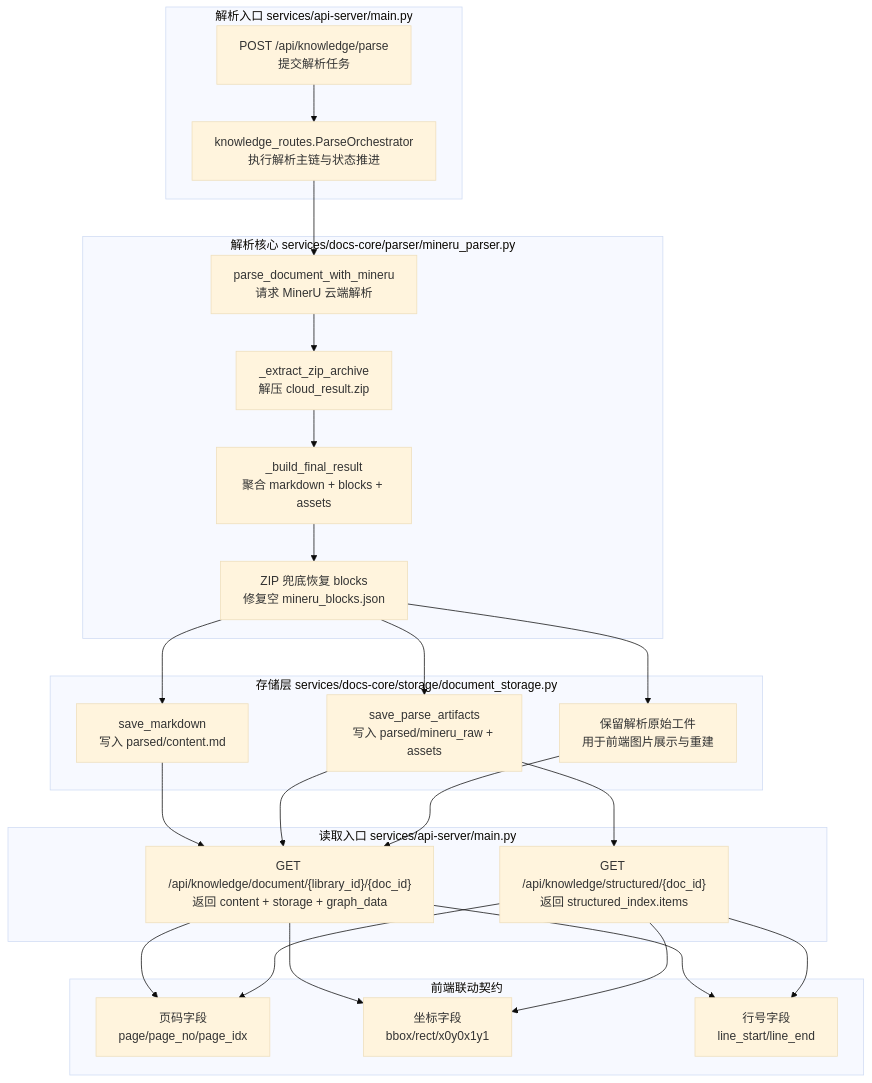
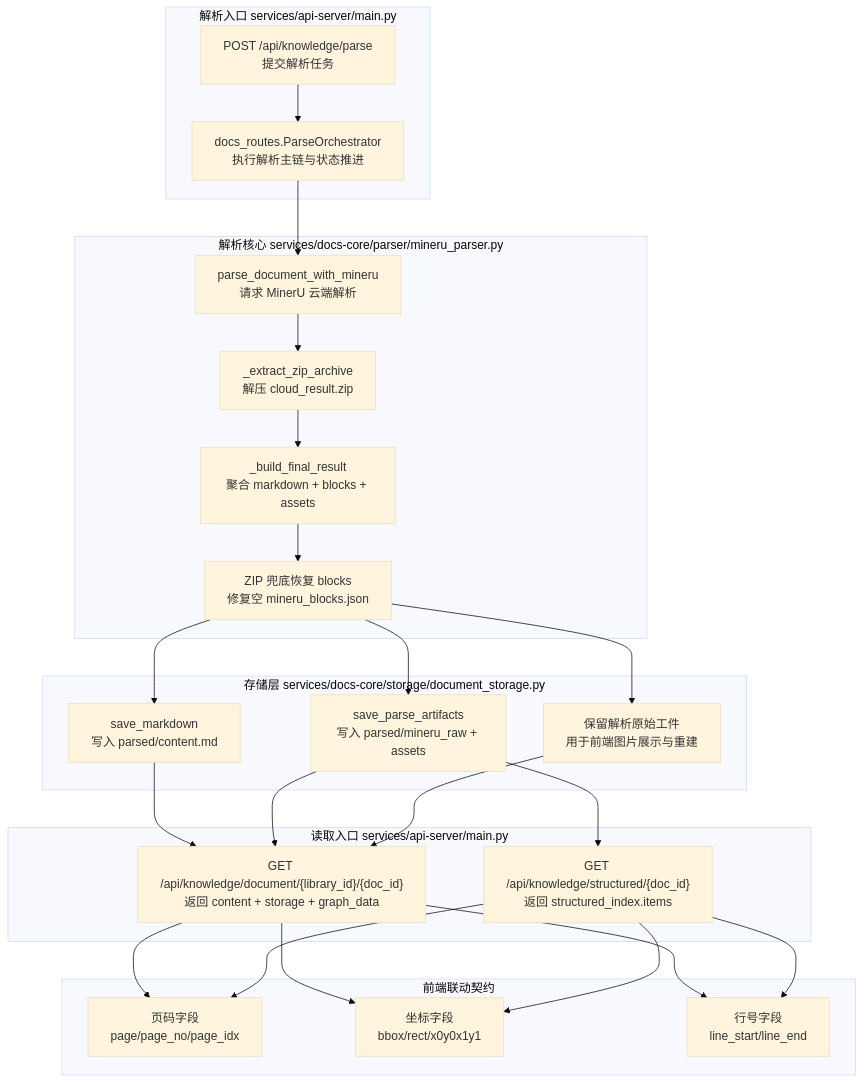
The fourth of 4 diagrams in docs/services-techniques.md (0mao0/AnGIneer), drawn with Mermaid (base theme) before and after one commit. The commit also changed other lines of this file and 21 other files, not shown here.

Commit message:
refactor(docs-core): rename knowledge_service to docs_service, knowledge_routes to docs_routes

````diff
--- a/docs/services-techniques.md
+++ b/docs/services-techniques.md
@@ -300,52 +300,52 @@
 ```mermaid
 flowchart TB
   subgraph Ingest["解析入口 services/api-server/main.py"]
     ParseReq["POST /api/knowledge/parse\n提交解析任务"]
-    ParseTask["knowledge_routes.ParseOrchestrator\n执行解析主链与状态推进"]
+    ParseTask["docs_routes.ParseOrchestrator\n执行解析主链与状态推进"]
   end
 
   subgraph Parser["解析核心 services/docs-core/parser/mineru_parser.py"]
     ParseMinerU["parse_document_with_mineru\n请求 MinerU 云端解析"]
     ExtractZip["_extract_zip_archive\n解压 cloud_result.zip"]
     BuildFinal["_build_final_result\n聚合 markdown + blocks + assets"]
     RecoverBlocks["ZIP 兜底恢复 blocks\n修复空 mineru_blocks.json"]
   end
 
   subgraph Storage["存储层 services/docs-core/storage/document_storage.py"]
     SaveMd["save_markdown\n写入 parsed/content.md"]
     SaveArtifacts["save_parse_artifacts\n写入 parsed/mineru_raw + assets"]
     KeepAssets["保留解析原始工件\n用于前端图片展示与重建"]
   end
 
   subgraph ReadApi["读取入口 services/api-server/main.py"]
     GetDoc["GET /api/knowledge/document/{library_id}/{doc_id}\n返回 content + storage + graph_data"]
     GetStructured["GET /api/knowledge/structured/{doc_id}\n返回 structured_index.items"]
   end
 
   subgraph Contract["前端联动契约"]
     PageFields["页码字段\npage/page_no/page_idx"]
     RectFields["坐标字段\nbbox/rect/x0y0x1y1"]
     LineFields["行号字段\nline_start/line_end"]
   end
 
   ParseReq --> ParseTask
   ParseTask --> ParseMinerU
   ParseMinerU --> ExtractZip
   ExtractZip --> BuildFinal
   BuildFinal --> RecoverBlocks
   RecoverBlocks --> SaveMd
   RecoverBlocks --> SaveArtifacts
   RecoverBlocks --> KeepAssets
 
   SaveMd --> GetDoc
   SaveArtifacts --> GetDoc
   SaveArtifacts --> GetStructured
   KeepAssets --> GetDoc
 
   GetDoc --> PageFields
   GetStructured --> PageFields
   GetDoc --> RectFields
   GetStructured --> RectFields
   GetDoc --> LineFields
   GetStructured --> LineFields
 ```
````
